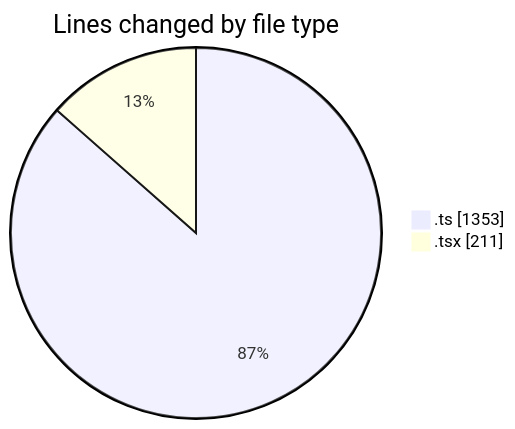
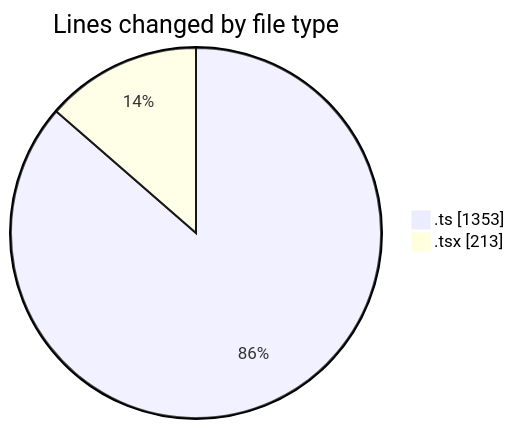
The first of 2 diagrams in 2026-03-12/nxtqube_webapp/README.md (nxtqubesakshisongat/code-tracking), drawn with Mermaid before and after one commit. The commit also changed other lines of this file and 1 other file, not shown here.

````diff
--- a/2026-03-12/nxtqube_webapp/README.md
+++ b/2026-03-12/nxtqube_webapp/README.md
@@ -25,6 +25,6 @@
 ```mermaid
 pie showData
 title Lines changed by file type
 ".ts" : 1353
-".tsx" : 211
+".tsx" : 213
 ```
````
